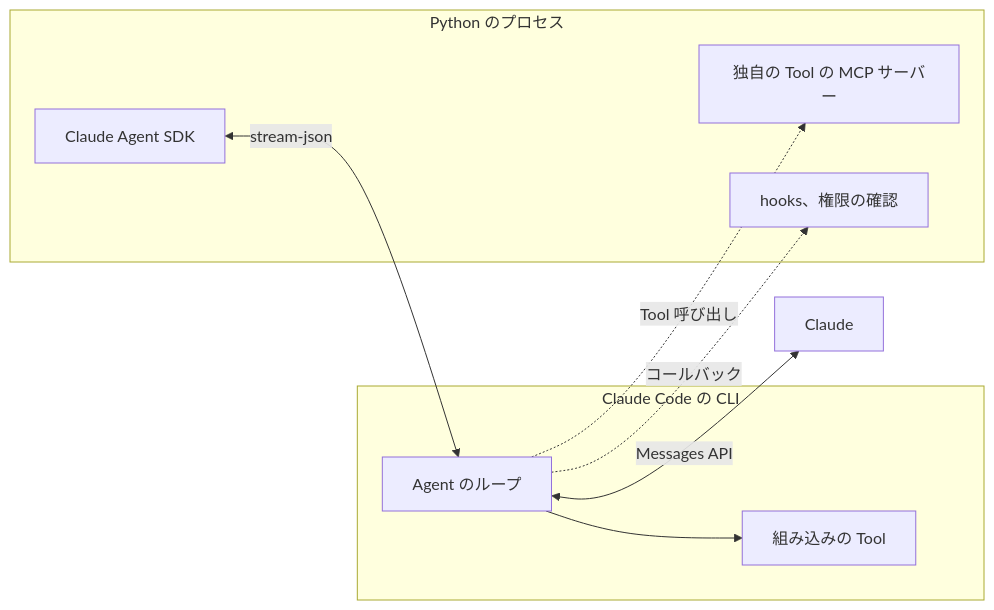
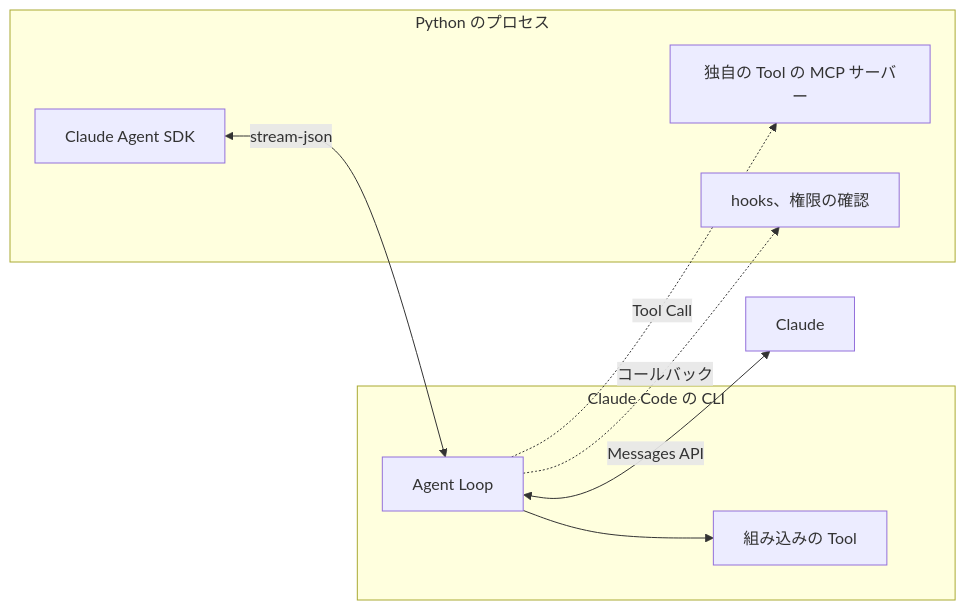
One commit to p1ass/blog changed the sixth of 6 diagrams in app/routes/posts/agent-concepts-and-modeling/index.mdx. Above: the diagram before and after it, drawn with Mermaid. The commit also changed other lines of this file, not shown here.

First line of the commit message:
用語を Tool Call と Agent Loop にそろえ、Tool の説明を整理する

````diff
--- a/app/routes/posts/agent-concepts-and-modeling/index.mdx
+++ b/app/routes/posts/agent-concepts-and-modeling/index.mdx
@@ -286,17 +286,17 @@
 ```mermaid
 flowchart LR
   subgraph app[Python のプロセス]
     sdk[Claude Agent SDK]
     custom[独自の Tool の MCP サーバー]
     hooks[hooks、権限の確認]
   end
   subgraph cli[Claude Code の CLI]
-    loop[Agent のループ]
+    loop[Agent Loop]
     builtin[組み込みの Tool]
   end
   sdk <-->|stream-json| loop
   loop --> builtin
-  loop -.->|Tool 呼び出し| custom
+  loop -.->|Tool Call| custom
   loop -.->|コールバック| hooks
   loop <-->|Messages API| model[Claude]
 ```
````
